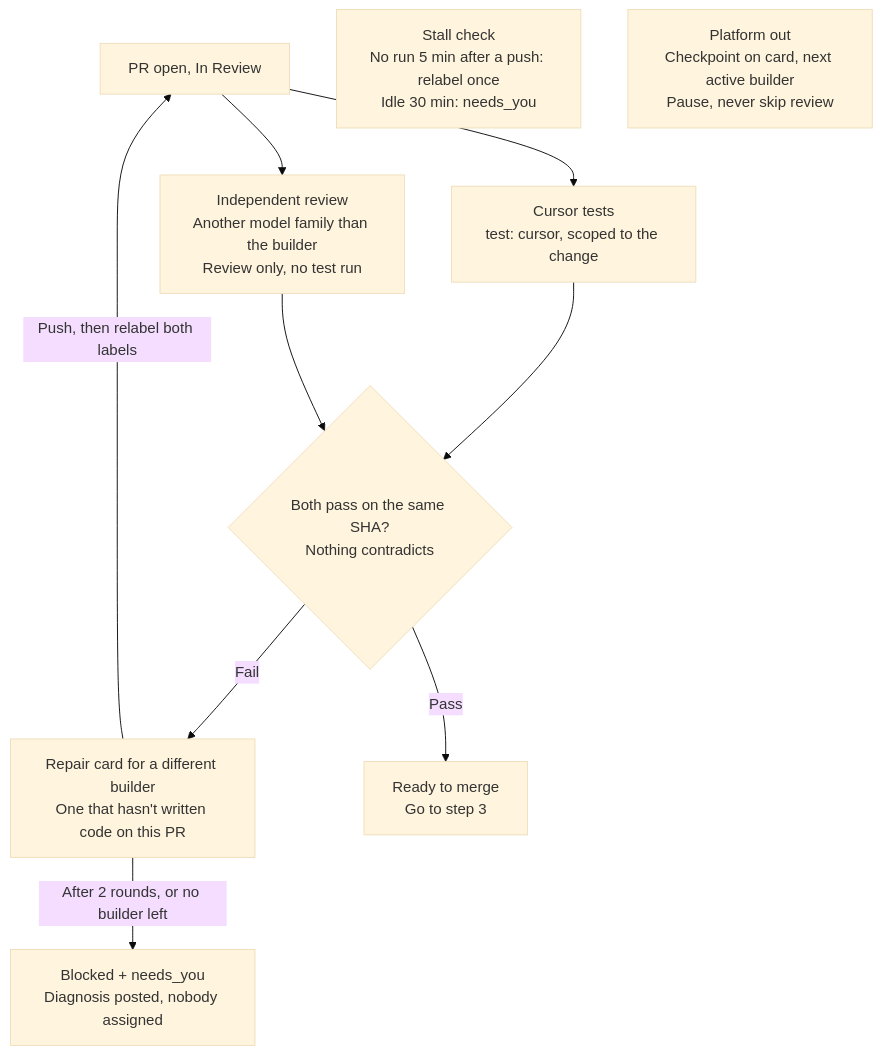
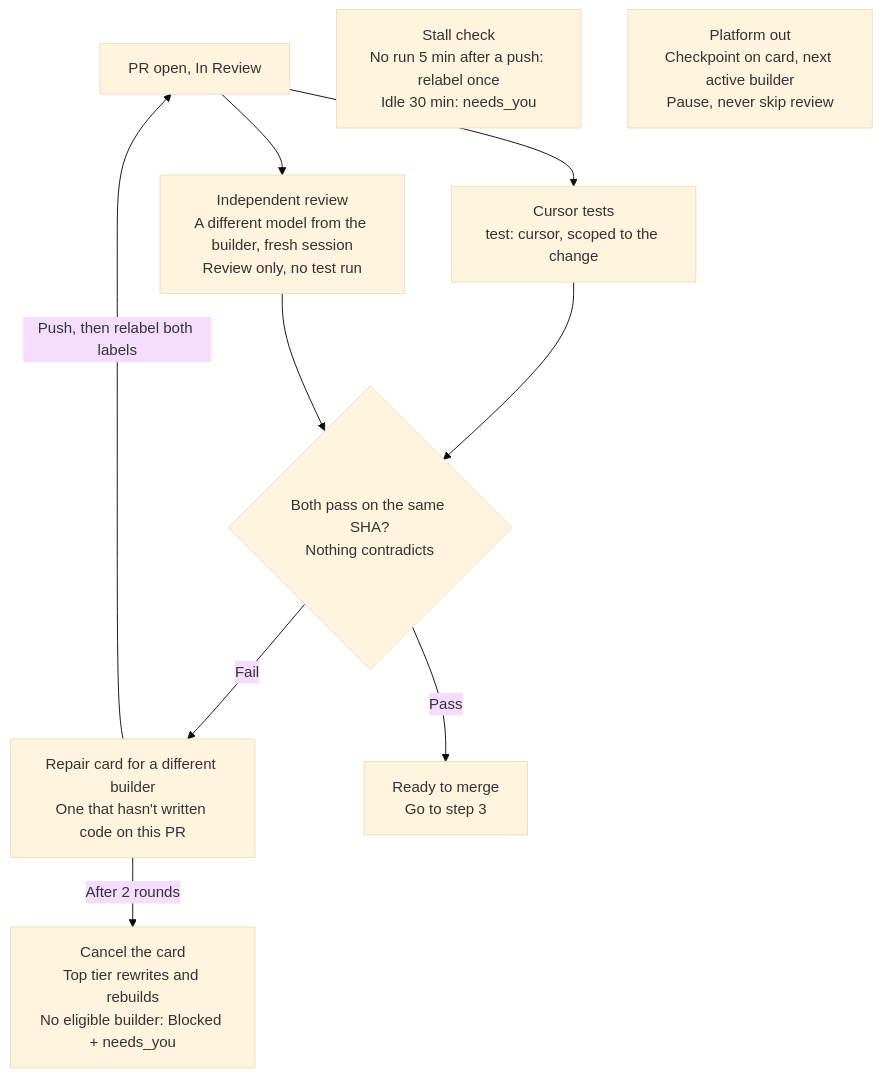
The second of 3 diagrams in docs/delivery/workflow.md (Maho1975/project-template), drawn with Mermaid (base theme) before and after one commit. The commit also changed other lines of this file and 2 other files, not shown here.

Commit message:
Add the twelve delivery rules (tiers, repair limit, merge-main, scorecard) (#4)
* Add the twelve delivery rules (tiers, repair limit, merge-main, scorecard)

Generic workflow rules only: acceptance test and screen width on every
card, top tier for design work, two repair rounds then rewrite, agent
merges main, migration numbers at merge, severity gate, route by size,
independent review by a different model, smoke tests as a script,
product before plumbing, vendor plumbing count, model and token cost on
every scorecard row.

Claude-Session: https://claude.ai/code/session_01D9MtjB12qQq8eM6MNDFKjj

* Fix twelve-rules wording: one rule 3, Medium routing, reviewer independence

Claude-Session: https://claude.ai/code/session_01D9MtjAvWDkeLEFZd3XMpmU

---------

````diff
--- a/docs/delivery/workflow.md
+++ b/docs/delivery/workflow.md
@@ -22,13 +22,13 @@
 ```mermaid
 flowchart TD
     A["PR open, In Review"] --> B["Cursor tests<br/>test: cursor, scoped to the change"]
-    A --> C["Independent review<br/>Another model family than the builder<br/>Review only, no test run"]
+    A --> C["Independent review<br/>A different model from the builder, fresh session<br/>Review only, no test run"]
     B --> D{"Both pass on the same SHA?<br/>Nothing contradicts"}
     C --> D
     D -- "Fail" --> E["Repair card for a different builder<br/>One that hasn't written code on this PR"]
     E -- "Push, then relabel both labels" --> A
-    E -- "After 2 rounds, or no builder left" --> F["Blocked + needs_you<br/>Diagnosis posted, nobody assigned"]
+    E -- "After 2 rounds" --> F["Cancel the card<br/>Top tier rewrites and rebuilds<br/>No eligible builder: Blocked + needs_you"]
     D -- "Pass" --> G["Ready to merge<br/>Go to step 3"]
     S["Stall check<br/>No run 5 min after a push: relabel once<br/>Idle 30 min: needs_you"]
     P["Platform out<br/>Checkpoint on card, next active builder<br/>Pause, never skip review"]
 ```
````
